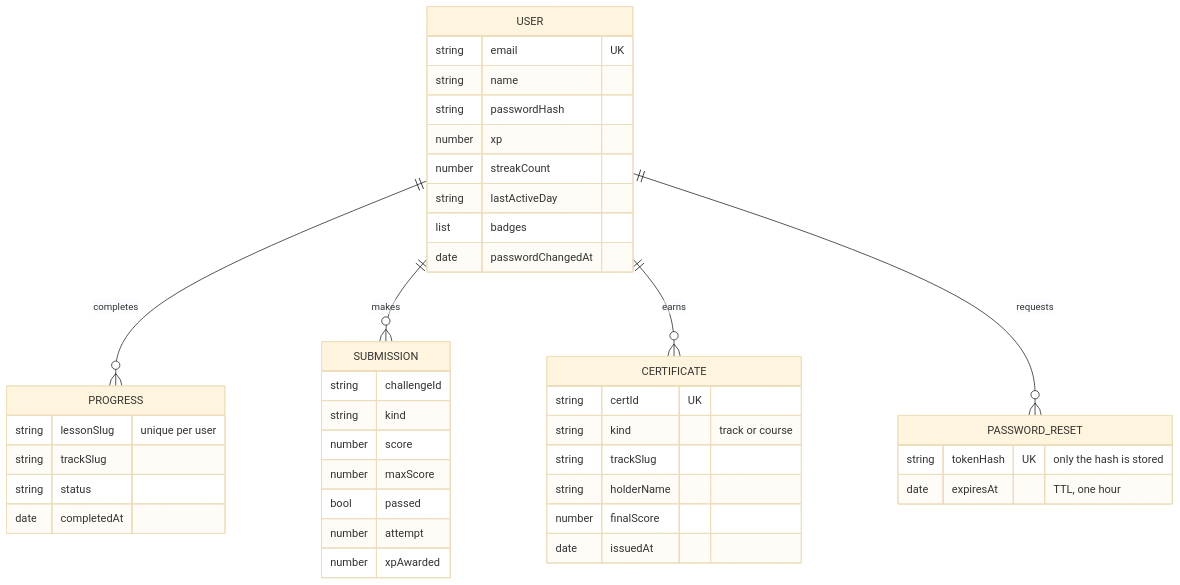
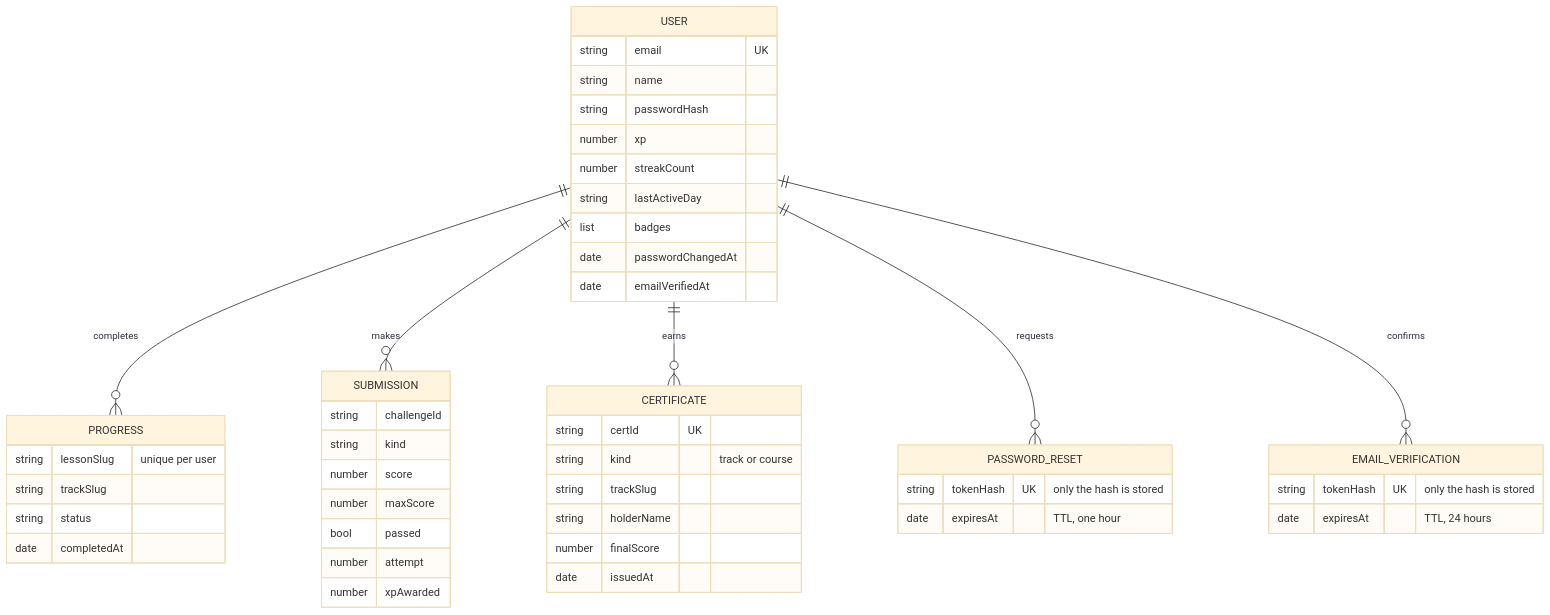
The fourth of 5 diagrams in README.md (sairaghukiran14/AIEM), drawn with Mermaid (base theme) before and after one commit. The commit also changed other lines of this file and 24 other files, not shown here.

First line of the commit message:
feat: email verification, with certificates held until the address is confirmed

````diff
--- a/README.md
+++ b/README.md
@@ -211,45 +212,51 @@
 ```mermaid
 erDiagram
     USER ||--o{ PROGRESS : completes
     USER ||--o{ SUBMISSION : makes
     USER ||--o{ CERTIFICATE : earns
     USER ||--o{ PASSWORD_RESET : requests
+    USER ||--o{ EMAIL_VERIFICATION : confirms
 
     USER {
         string email UK
         string name
         string passwordHash
         number xp
         number streakCount
         string lastActiveDay
         list badges
         date passwordChangedAt
+        date emailVerifiedAt
     }
     PROGRESS {
         string lessonSlug "unique per user"
         string trackSlug
         string status
         date completedAt
     }
     SUBMISSION {
         string challengeId
         string kind
         number score
         number maxScore
         bool passed
         number attempt
         number xpAwarded
     }
     PASSWORD_RESET {
         string tokenHash UK "only the hash is stored"
         date expiresAt "TTL, one hour"
     }
+    EMAIL_VERIFICATION {
+        string tokenHash UK "only the hash is stored"
+        date expiresAt "TTL, 24 hours"
+    }
     CERTIFICATE {
         string certId UK
         string kind "track or course"
         string trackSlug
         string holderName
         number finalScore
         date issuedAt
     }
 ```
````
